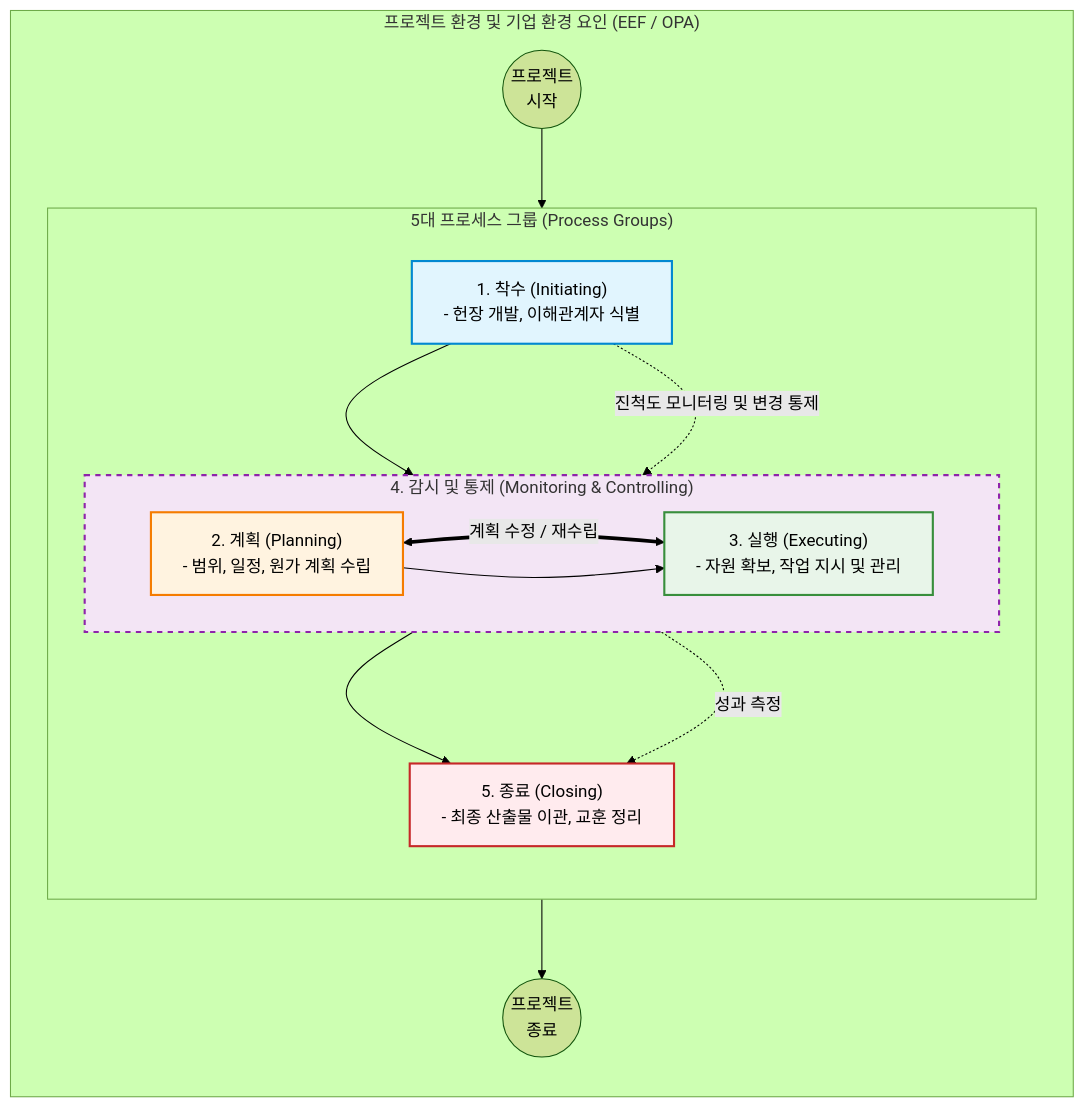
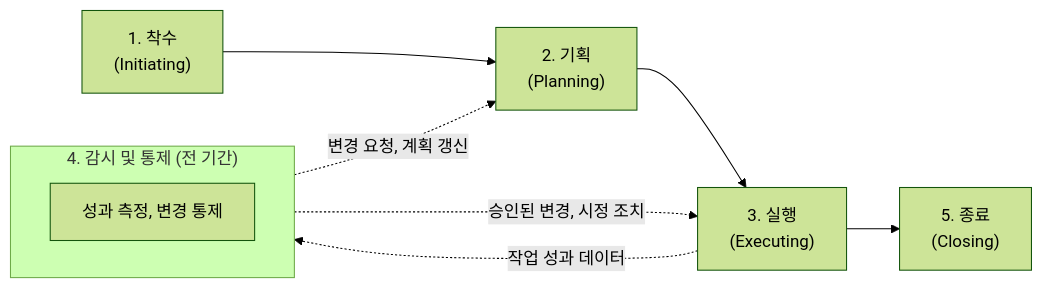
Before and after one commit to supremethumb/supremethumb.github.io: the diagram in content/01_IT Tech/PMBOK 프로세스 그룹 (5단계).md, drawn with Mermaid (forest theme). The commit also changed other lines of this file and 1087 other files, not shown here.

````diff
--- a/content/01_IT Tech/PMBOK 프로세스 그룹 (5단계).md
+++ b/content/01_IT Tech/PMBOK 프로세스 그룹 (5단계).md
@@ -34,40 +35,13 @@
 ```mermaid
-flowchart TD
-    subgraph Environment ["프로젝트 환경 및 기업 환경 요인 (EEF / OPA)"]
-        direction TB
-        
-        Start((프로젝트<br/>시작))
-        End((프로젝트<br/>종료))
-        
-        subgraph Process_Groups ["5대 프로세스 그룹 (Process Groups)"]
-            direction TB
-            
-            Init["1. 착수 (Initiating)<br/>- 헌장 개발, 이해관계자 식별"]
-            Plan["2. 계획 (Planning)<br/>- 범위, 일정, 원가 계획 수립"]
-            Exec["3. 실행 (Executing)<br/>- 자원 확보, 작업 지시 및 관리"]
-            Close["5. 종료 (Closing)<br/>- 최종 산출물 이관, 교훈 정리"]
-            
-            subgraph MC_Group ["4. 감시 및 통제 (Monitoring & Controlling)"]
-                direction LR
-                Plan <=="계획 수정 / 재수립"==> Exec
-            end
-        end
-        
-        Start --> Init
-        Init --> Plan
-        Plan --> Exec
-        Exec --> Close
-        Close --> End
-        
-        %% 감시 및 통제는 전체 과정에 걸쳐 상호작용함
-        Init -. "진척도 모니터링 및 변경 통제" .-> MC_Group
-        MC_Group -. "성과 측정" .-> Close
+flowchart LR
+    Init["1. 착수<br/>(Initiating)"] --> Plan["2. 기획<br/>(Planning)"]
+    Plan --> Exec["3. 실행<br/>(Executing)"]
+    Exec --> Close["5. 종료<br/>(Closing)"]
+    subgraph MC ["4. 감시 및 통제 (전 기간)"]
+        direction LR
+        M1["성과 측정, 변경 통제"]
     end
-    
-    style Init fill:#e1f5fe,stroke:#0288d1,stroke-width:2px
-    style Plan fill:#fff3e0,stroke:#f57c00,stroke-width:2px
-    style Exec fill:#e8f5e9,stroke:#388e3c,stroke-width:2px
-    style MC_Group fill:#f3e5f5,stroke:#8e24aa,stroke-width:2px,stroke-dasharray: 5 5
-    style Close fill:#ffebee,stroke:#c62828,stroke-width:2px
-
+    Exec -. "작업 성과 데이터" .-> MC
+    MC -. "변경 요청, 계획 갱신" .-> Plan
+    MC -. "승인된 변경, 시정 조치" .-> Exec
 ```
````
